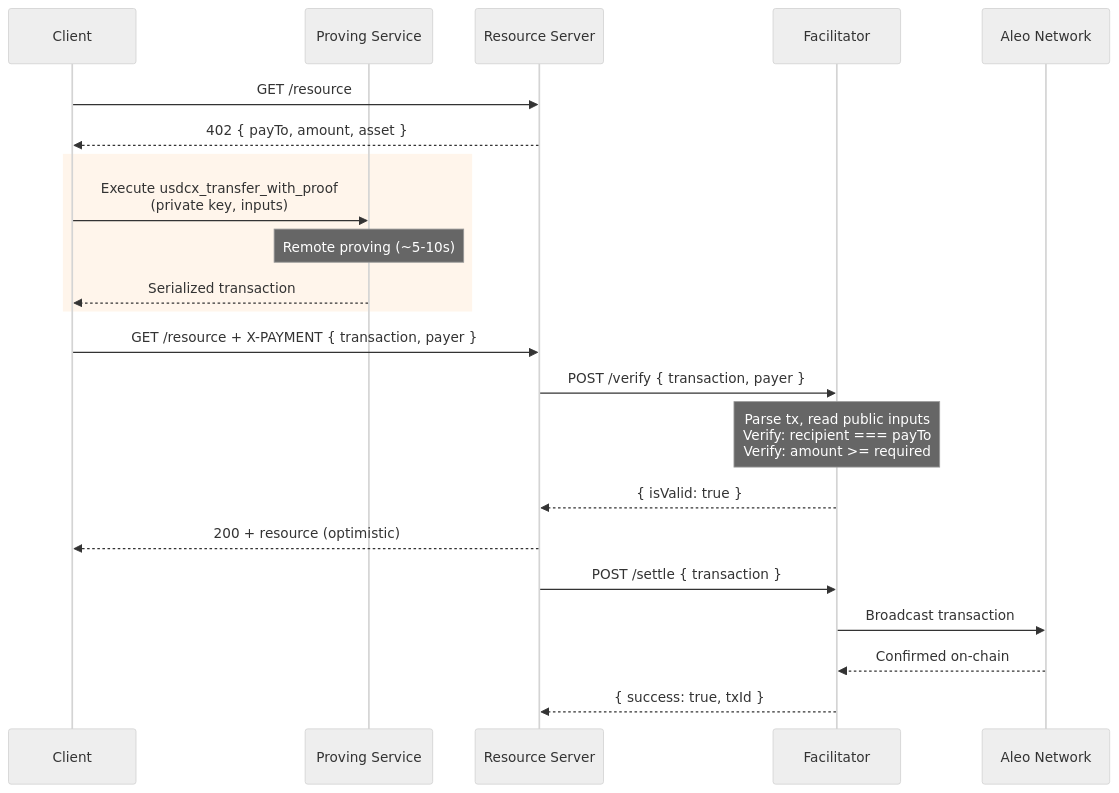
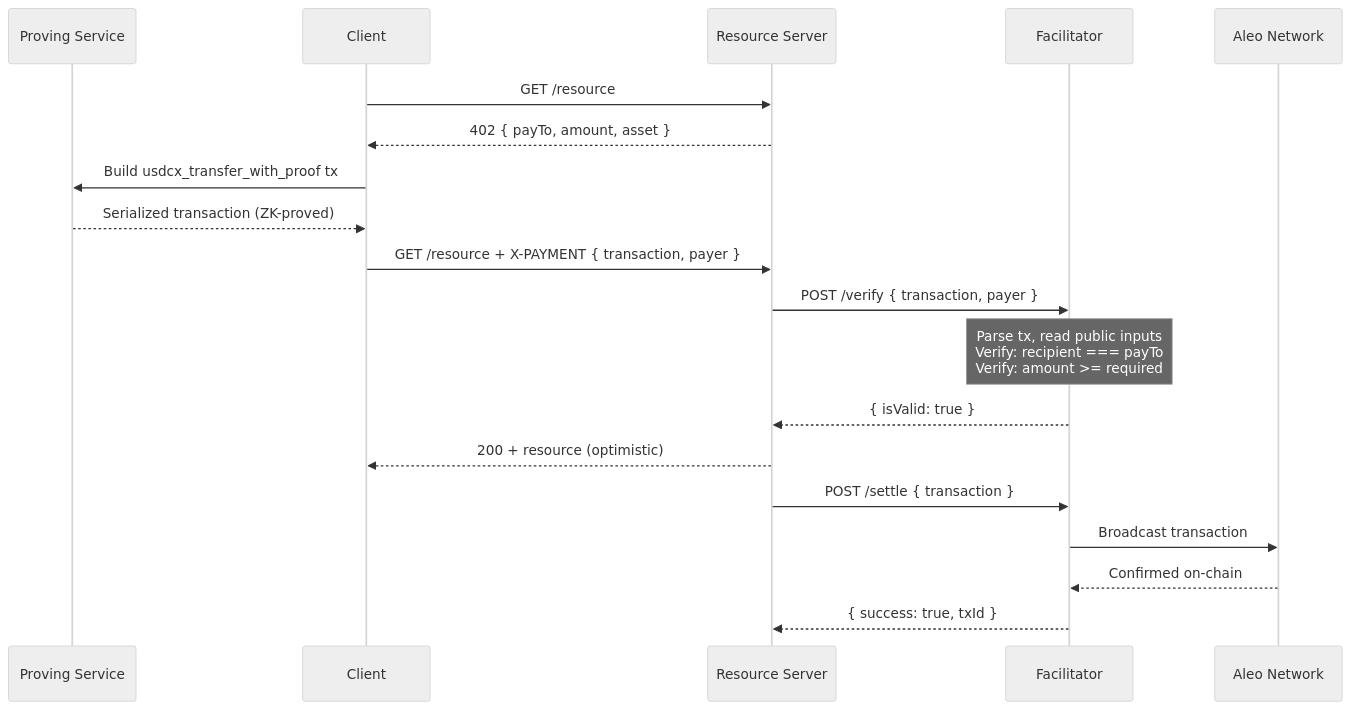
One commit to AleoAlexander/aleo-x402 changed the diagram in ARCHITECTURE.md. Above: the diagram before and after it, drawn with Mermaid (neutral theme). The commit also changed other lines of this file, not shown here.

Commit message:
Update payment flow diagram to show Delegated Proving Service

````diff
--- a/ARCHITECTURE.md
+++ b/ARCHITECTURE.md
@@ -92,30 +56,27 @@
 ```mermaid
 sequenceDiagram
+    participant P as Proving Service
     participant C as Client
-    participant P as Proving Service
     participant S as Resource Server
     participant F as Facilitator
     participant A as Aleo Network
 
     C->>S: GET /resource
     S-->>C: 402 { payTo, amount, asset }
 
-    rect rgb(255, 245, 235)
-    C->>P: Execute usdcx_transfer_with_proof<br/>(private key, inputs)
-    Note over P: Remote proving (~5-10s)
-    P-->>C: Serialized transaction
-    end
+    C->>P: Build usdcx_transfer_with_proof tx
+    P-->>C: Serialized transaction (ZK-proved)
 
     C->>S: GET /resource + X-PAYMENT { transaction, payer }
     S->>F: POST /verify { transaction, payer }
 
     Note over F: Parse tx, read public inputs<br/>Verify: recipient === payTo<br/>Verify: amount >= required
 
     F-->>S: { isValid: true }
     S-->>C: 200 + resource (optimistic)
 
     S->>F: POST /settle { transaction }
     F->>A: Broadcast transaction
     A-->>F: Confirmed on-chain
     F-->>S: { success: true, txId }
 ```
````
